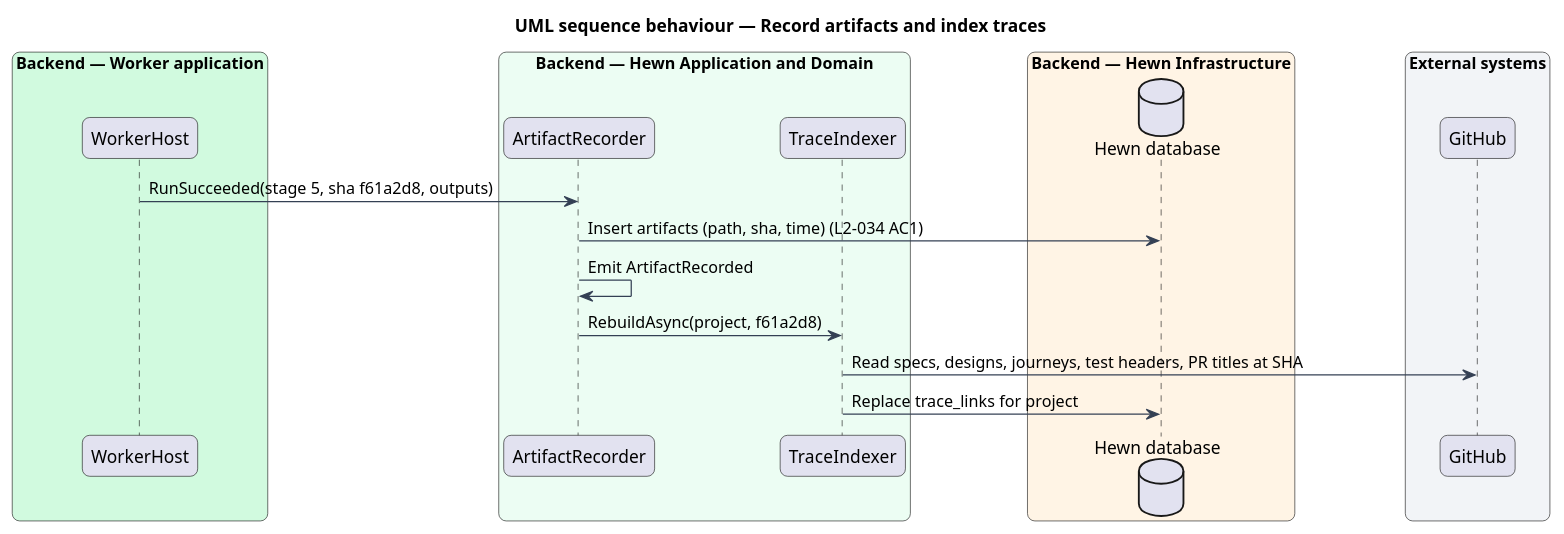
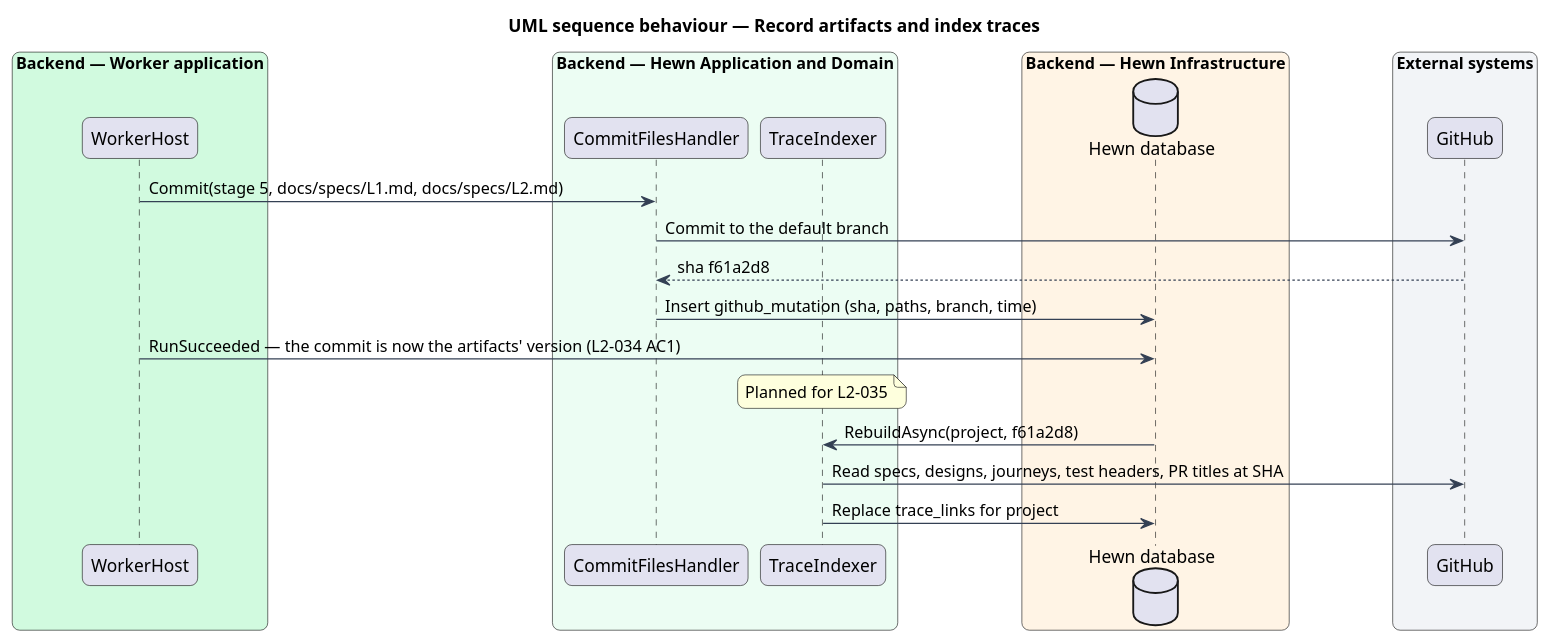
The diagram in docs/detailed-designs/mission-control/artifacts-and-traceability/diagrams/sequence-record-and-index.puml (QuinntyneBrown/hewn), drawn with PlantUML before and after one commit. The commit also changed 44 other files, not shown here.

```diff
--- a/docs/detailed-designs/mission-control/artifacts-and-traceability/diagrams/sequence-record-and-index.puml
+++ b/docs/detailed-designs/mission-control/artifacts-and-traceability/diagrams/sequence-record-and-index.puml
@@ -1,37 +1,40 @@
 @startuml
 title UML sequence behaviour — Record artifacts and index traces
 skinparam backgroundColor #FFFFFF
 skinparam shadowing false
 skinparam roundcorner 12
 skinparam defaultFontName Arial
 skinparam ArrowColor #344054
 skinparam rectangle {
   BorderColor #344054
   FontColor #101828
 }
 skinparam package {
   BorderColor #667085
   FontColor #101828
   BackgroundColor #F9FAFB
 }
 skinparam sequenceMessageAlign left
 box "Backend — Worker application" #D1FADF
   participant "WorkerHost" as worker
 end box
 box "Backend — Hewn Application and Domain" #ECFDF3
-  participant "ArtifactRecorder" as rec
+  participant "CommitFilesHandler" as rec
   participant "TraceIndexer" as idx
 end box
 box "Backend — Hewn Infrastructure" #FFF4E5
   database "Hewn database" as db
 end box
 box "External systems" #F2F4F7
   participant "GitHub" as gh
 end box
-worker -> rec : RunSucceeded(stage 5, sha f61a2d8, outputs)
-rec -> db : Insert artifacts (path, sha, time) (L2-034 AC1)
-rec -> rec : Emit ArtifactRecorded
-rec -> idx : RebuildAsync(project, f61a2d8)
+worker -> rec : Commit(stage 5, docs/specs/L1.md, docs/specs/L2.md)
+rec -> gh : Commit to the default branch
+gh --> rec : sha f61a2d8
+rec -> db : Insert github_mutation (sha, paths, branch, time)
+worker -> db : RunSucceeded — the commit is now the artifacts' version (L2-034 AC1)
+note over idx : Planned for L2-035
+db -> idx : RebuildAsync(project, f61a2d8)
 idx -> gh : Read specs, designs, journeys, test headers, PR titles at SHA
 idx -> db : Replace trace_links for project
 @enduml
```
